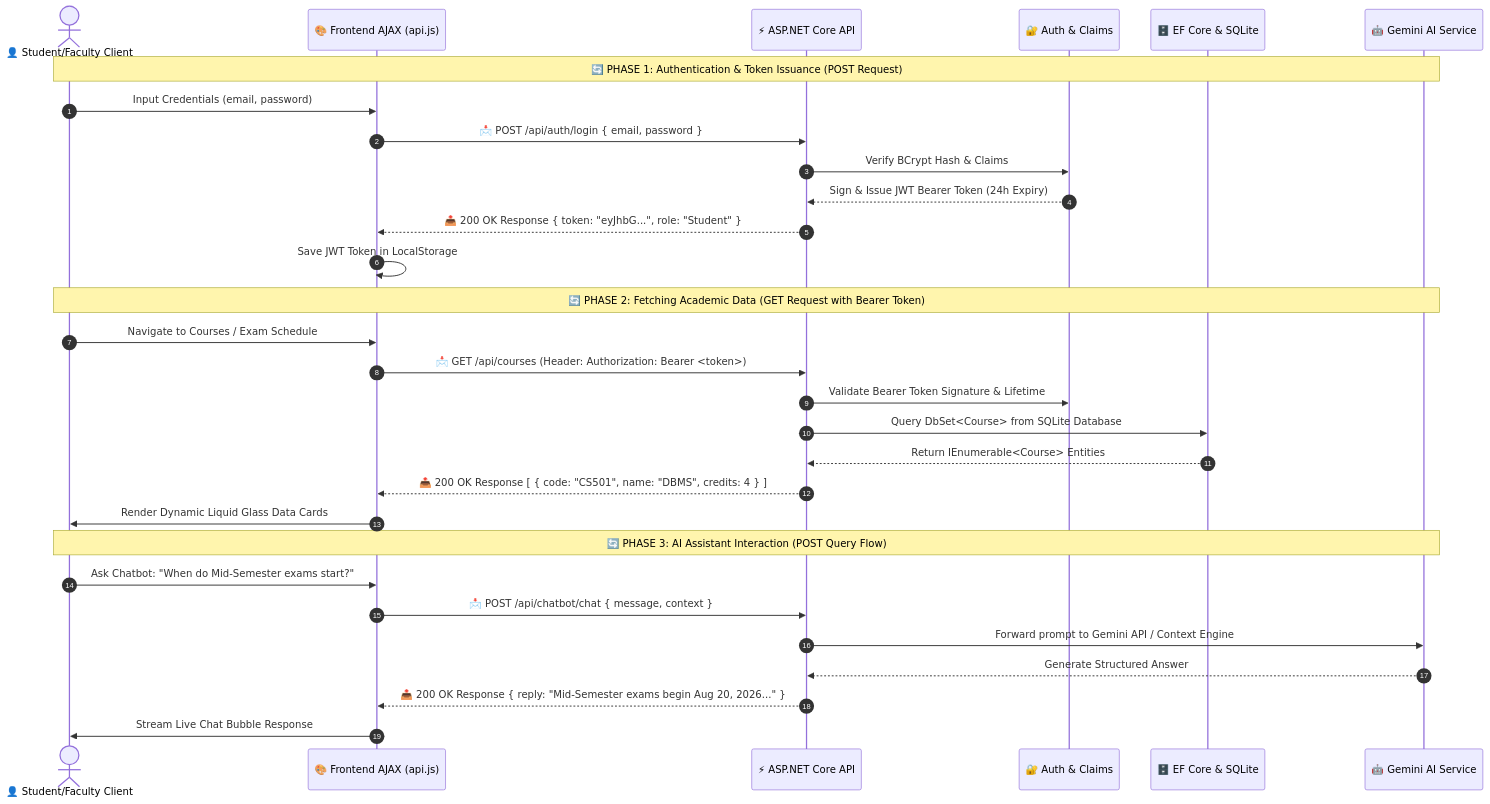
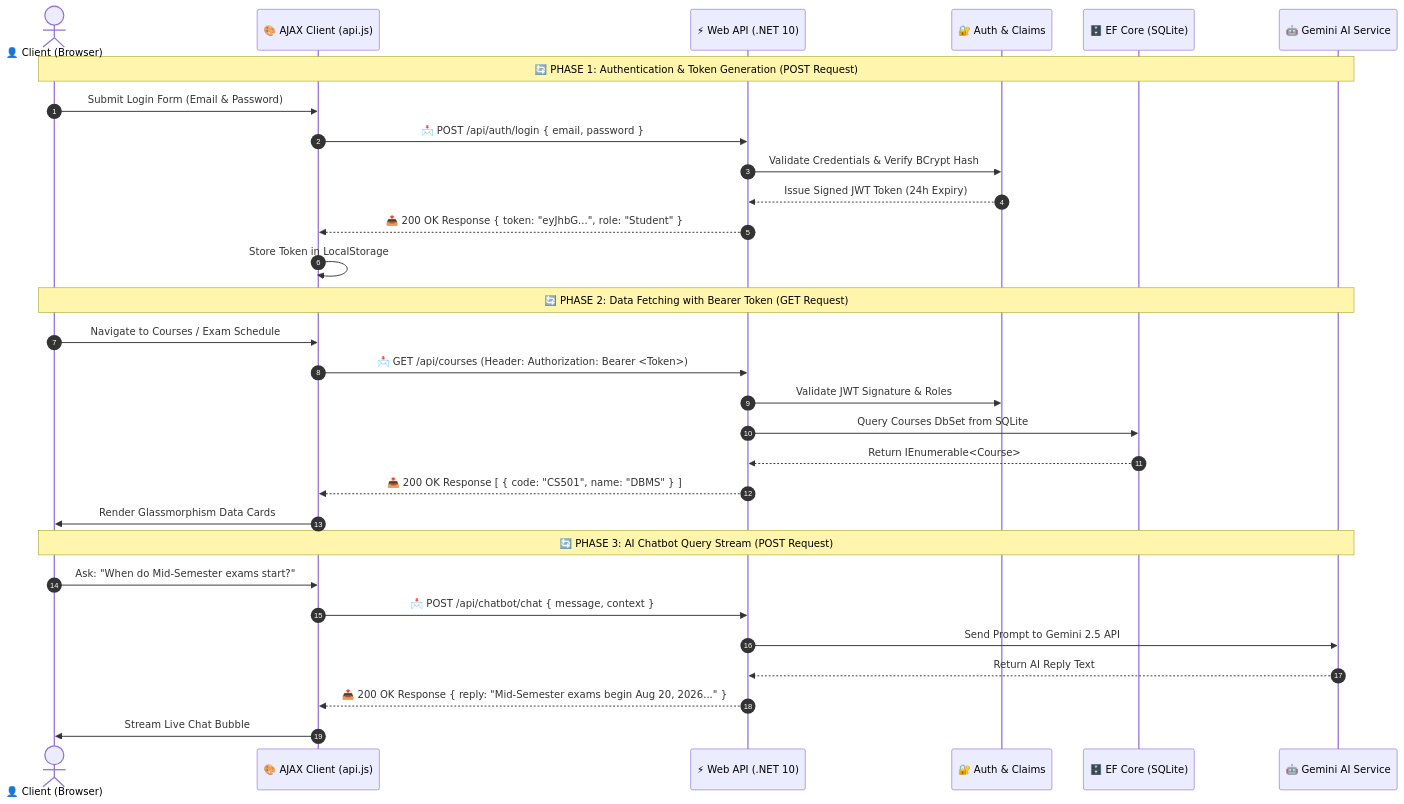
Before and after one commit to kirtan1911/CP-CMS: the second of 2 diagrams in README.md, drawn with Mermaid. The commit also changed other lines of this file, not shown here.

Commit message:
Transform README.md into ultra-aesthetic UI with header banner, tech badges matrix, mermaid flowchart & sequence diagram, and styled API endpoint matrix

````diff
--- a/README.md
+++ b/README.md
@@ -106,35 +136,35 @@
 ```mermaid
 sequenceDiagram
     autonumber
-    actor User as 👤 Student/Faculty Client
-    participant UI as 🎨 Frontend AJAX (api.js)
-    participant API as ⚡ ASP.NET Core API
+    actor User as 👤 Client (Browser)
+    participant UI as 🎨 AJAX Client (api.js)
+    participant API as ⚡ Web API (.NET 10)
     participant JWT as 🔐 Auth & Claims
-    participant EF as 🗄️ EF Core & SQLite
+    participant EF as 🗄️ EF Core (SQLite)
     participant AI as 🤖 Gemini AI Service
 
-    Note over User, AI: 🔄 PHASE 1: Authentication & Token Issuance (POST Request)
-    User->>UI: Input Credentials (email, password)
+    Note over User, AI: 🔄 PHASE 1: Authentication & Token Generation (POST Request)
+    User->>UI: Submit Login Form (Email & Password)
     UI->>API: 📩 POST /api/auth/login { email, password }
-    API->>JWT: Verify BCrypt Hash & Claims
-    JWT-->>API: Sign & Issue JWT Bearer Token (24h Expiry)
+    API->>JWT: Validate Credentials & Verify BCrypt Hash
+    JWT-->>API: Issue Signed JWT Token (24h Expiry)
     API-->>UI: 📤 200 OK Response { token: "eyJhbG...", role: "Student" }
-    UI->>UI: Save JWT Token in LocalStorage
+    UI->>UI: Store Token in LocalStorage
 
-    Note over User, AI: 🔄 PHASE 2: Fetching Academic Data (GET Request with Bearer Token)
+    Note over User, AI: 🔄 PHASE 2: Data Fetching with Bearer Token (GET Request)
     User->>UI: Navigate to Courses / Exam Schedule
-    UI->>API: 📩 GET /api/courses (Header: Authorization: Bearer <token>)
-    API->>JWT: Validate Bearer Token Signature & Lifetime
-    API->>EF: Query DbSet<Course> from SQLite Database
-    EF-->>API: Return IEnumerable<Course> Entities
-    API-->>UI: 📤 200 OK Response [ { code: "CS501", name: "DBMS", credits: 4 } ]
-    UI->>User: Render Dynamic Liquid Glass Data Cards
+    UI->>API: 📩 GET /api/courses (Header: Authorization: Bearer <Token>)
+    API->>JWT: Validate JWT Signature & Roles
+    API->>EF: Query Courses DbSet from SQLite
+    EF-->>API: Return IEnumerable<Course>
+    API-->>UI: 📤 200 OK Response [ { code: "CS501", name: "DBMS" } ]
+    UI->>User: Render Glassmorphism Data Cards
 
-    Note over User, AI: 🔄 PHASE 3: AI Assistant Interaction (POST Query Flow)
-    User->>UI: Ask Chatbot: "When do Mid-Semester exams start?"
+    Note over User, AI: 🔄 PHASE 3: AI Chatbot Query Stream (POST Request)
+    User->>UI: Ask: "When do Mid-Semester exams start?"
     UI->>API: 📩 POST /api/chatbot/chat { message, context }
-    API->>AI: Forward prompt to Gemini API / Context Engine
-    AI-->>API: Generate Structured Answer
+    API->>AI: Send Prompt to Gemini 2.5 API
+    AI-->>API: Return AI Reply Text
     API-->>UI: 📤 200 OK Response { reply: "Mid-Semester exams begin Aug 20, 2026..." }
-    UI->>User: Stream Live Chat Bubble Response
+    UI->>User: Stream Live Chat Bubble
 ```
````
